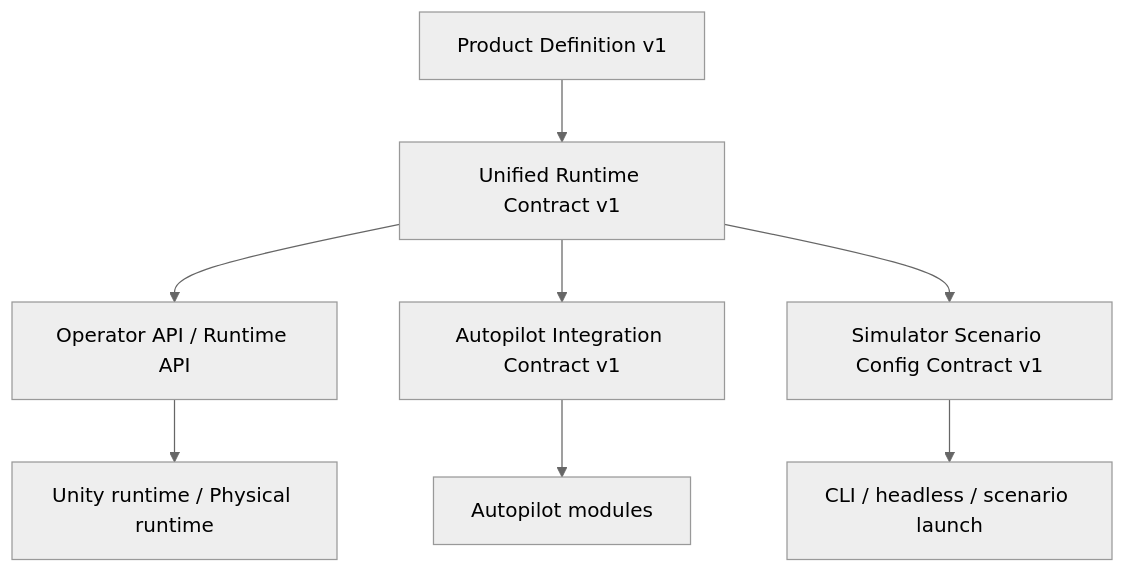
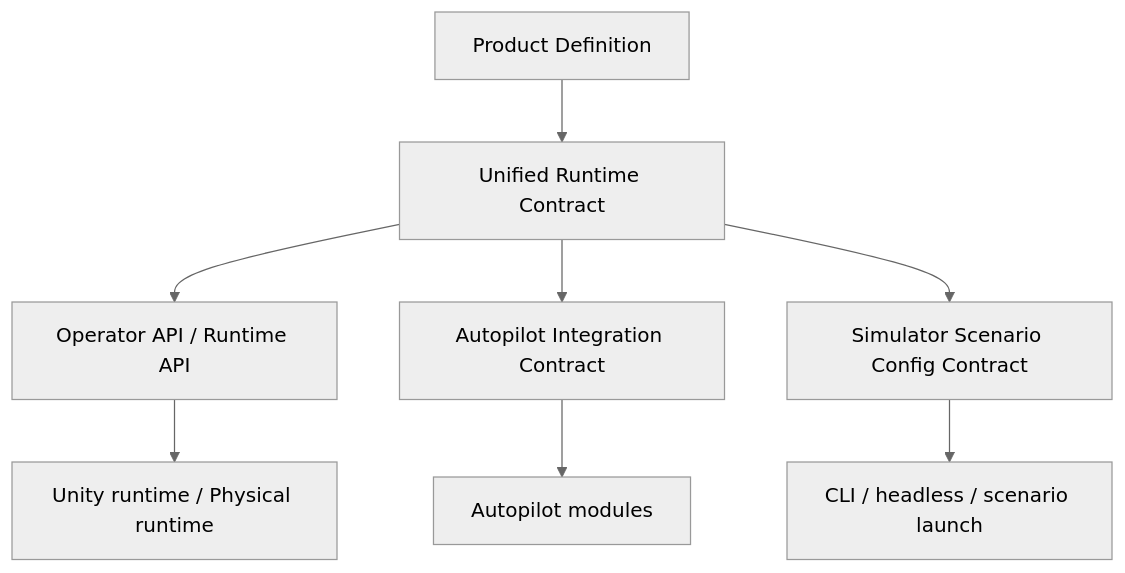
One commit to uav-simulator/uavsimulator changed the diagram in docs/contracts.md. Above: the diagram before and after it, drawn with Mermaid (neutral theme). The commit also changed other lines of this file and 27 other files, not shown here.

````diff
--- a/docs/contracts.md
+++ b/docs/contracts.md
@@ -40,10 +42,10 @@
 ```mermaid
 flowchart TB
-    PD["Product Definition v1"] --> URC["Unified Runtime Contract v1"]
+    PD["Product Definition"] --> URC["Unified Runtime Contract"]
     URC --> API["Operator API / Runtime API"]
-    URC --> AIC["Autopilot Integration Contract v1"]
-    URC --> SCC["Simulator Scenario Config Contract v1"]
+    URC --> AIC["Autopilot Integration Contract"]
+    URC --> SCC["Simulator Scenario Config Contract"]
     API --> Runtime["Unity runtime / Physical runtime"]
     AIC --> Research["Autopilot modules"]
     SCC --> Ops["CLI / headless / scenario launch"]
 ```
````
